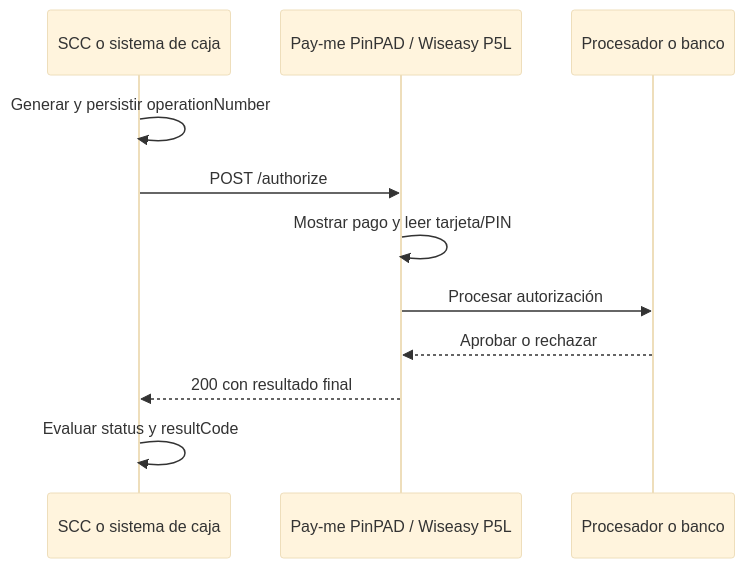
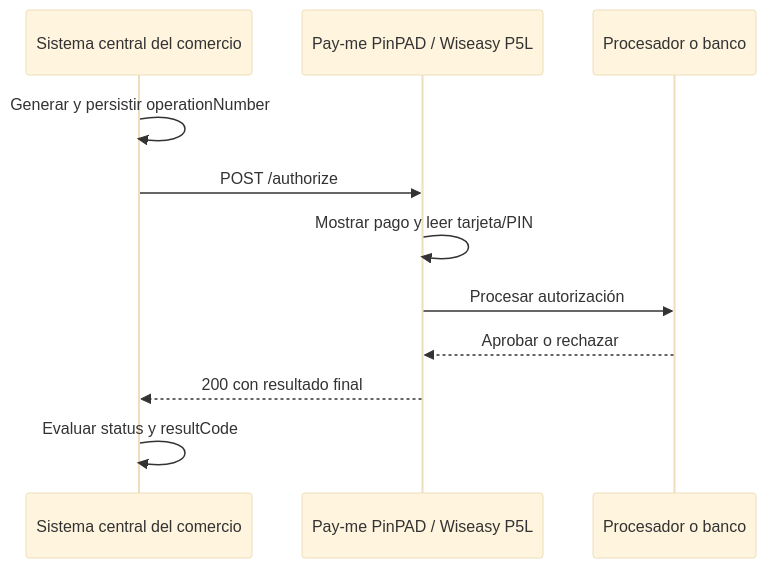
The first of 2 diagrams in procesamiento-fisico/alignet-transit/operacion-y-recuperacion.mdx (alignet-docs/alignet-developers), drawn with Mermaid (base theme) before and after one commit. The commit also changed other lines of this file and 21 other files, not shown here.

````diff
--- a/procesamiento-fisico/alignet-transit/operacion-y-recuperacion.mdx
+++ b/procesamiento-fisico/alignet-transit/operacion-y-recuperacion.mdx
@@ -9,14 +9,14 @@
 ```mermaid
 sequenceDiagram
-    participant SCC as SCC o sistema de caja
+    participant CENTRAL as Sistema central del comercio
     participant PINPAD as Pay-me PinPAD / Wiseasy P5L
     participant BANK as Procesador o banco
 
-    SCC->>SCC: Generar y persistir operationNumber
-    SCC->>PINPAD: POST /authorize
+    CENTRAL->>CENTRAL: Generar y persistir operationNumber
+    CENTRAL->>PINPAD: POST /authorize
     PINPAD->>PINPAD: Mostrar pago y leer tarjeta/PIN
     PINPAD->>BANK: Procesar autorización
     BANK-->>PINPAD: Aprobar o rechazar
-    PINPAD-->>SCC: 200 con resultado final
-    SCC->>SCC: Evaluar status y resultCode
+    PINPAD-->>CENTRAL: 200 con resultado final
+    CENTRAL->>CENTRAL: Evaluar status y resultCode
 ```
````
